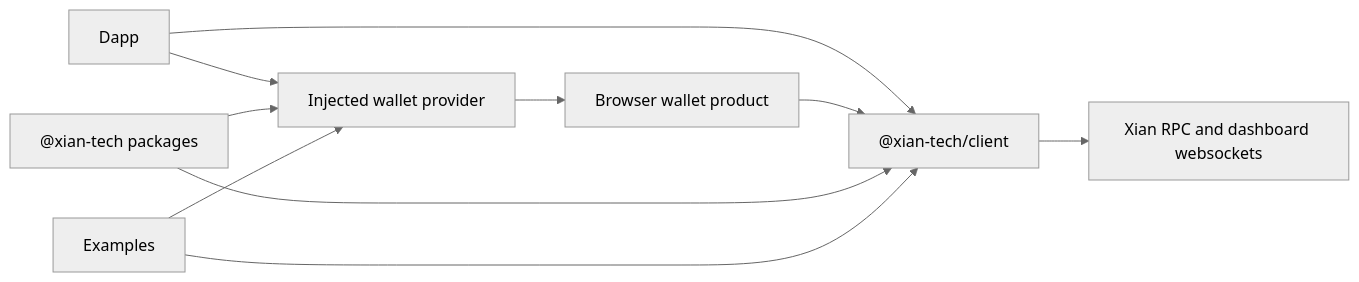
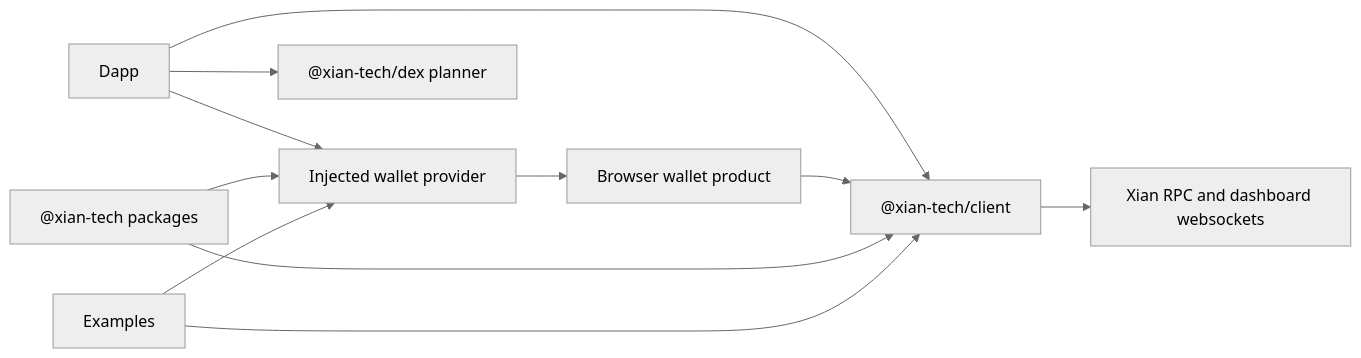
One commit to xian-technology/xian-js changed the diagram in README.md. Above: the diagram before and after it, drawn with Mermaid (neutral theme). The commit also changed other lines of this file and 25 other files, not shown here.

````diff
--- a/README.md
+++ b/README.md
@@ -15,12 +17,13 @@
 ```mermaid
 flowchart LR
   Dapp["Dapp"] --> Provider["Injected wallet provider"]
+  Dapp --> Dex["@xian-tech/dex planner"]
   Provider --> WalletProduct["Browser wallet product"]
   Dapp --> Client["@xian-tech/client"]
   WalletProduct --> Client
   Client --> RPC["Xian RPC and dashboard websockets"]
   Packages["@xian-tech packages"] --> Client
   Packages --> Provider
   Examples["Examples"] --> Provider
   Examples --> Client
 ```
````
